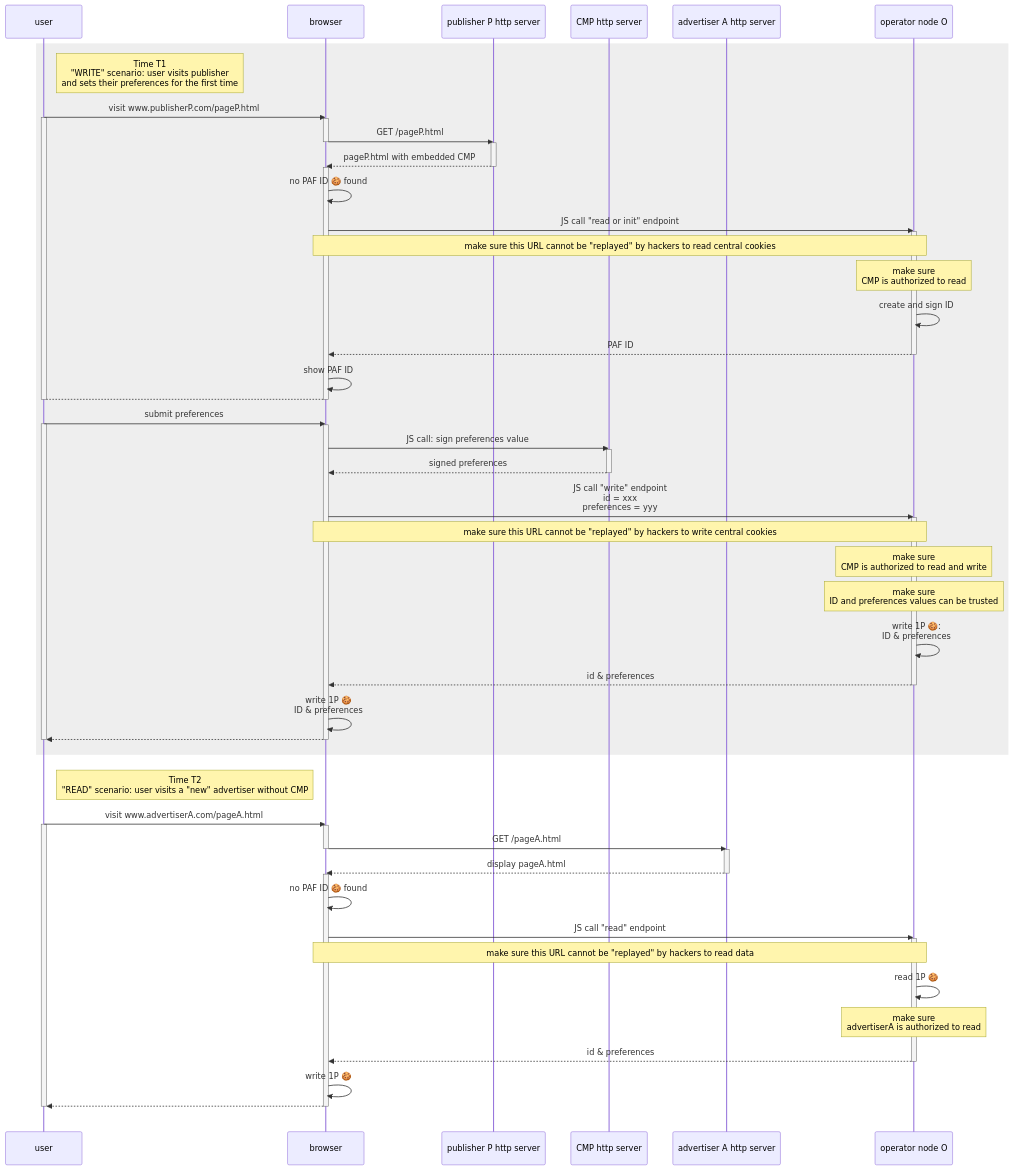
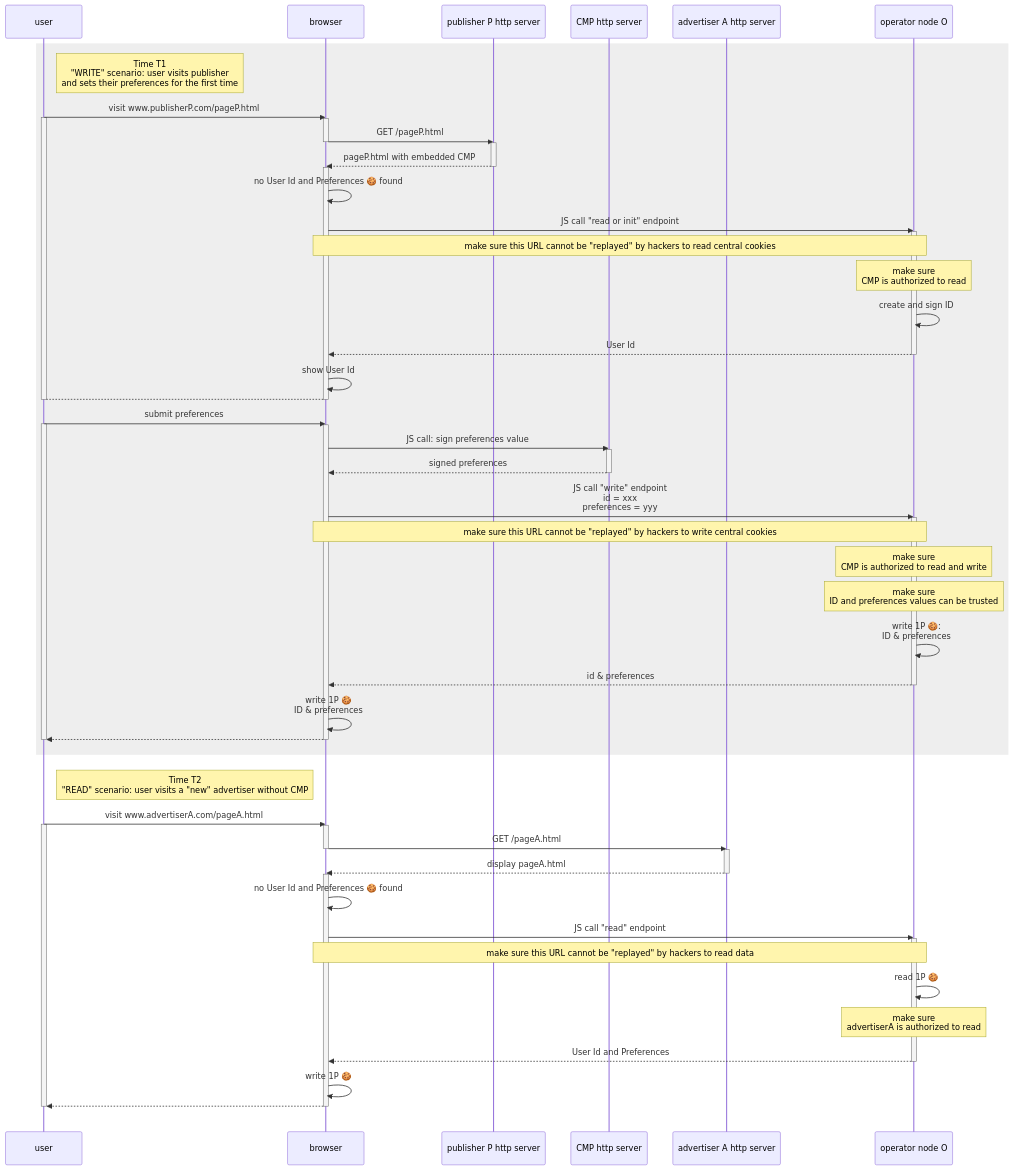
The first of 2 diagrams in mvp-spec/operator-requirements.md (OneKey-Network/addressability-framework), drawn with Mermaid before and after one commit. The commit also changed other lines of this file and 3 other files, not shown here.

```diff
--- a/mvp-spec/operator-requirements.md
+++ b/mvp-spec/operator-requirements.md
@@ -76,17 +76,17 @@
         deactivate P
 
         activate B
-            B ->> B: no PAF ID 🍪 found
+            B ->> B: no User Id and Preferences 🍪 found
             B ->> O: JS call "read or init" endpoint
 
             activate O
                 note over B,O: make sure this URL cannot be "replayed" by hackers to read central cookies
                 note over O: make sure<br/>CMP is authorized to read
                 O ->> O: create and sign ID
-                O -->> B: PAF ID
+                O -->> B: User Id
             deactivate O
 
-            B ->> B: show PAF ID
+            B ->> B: show User Id
 
             B --> U: 
         deactivate B
@@ -138,14 +138,14 @@
 
         activate B
 
-            B ->> B: no PAF ID 🍪 found
+            B ->> B: no User Id and Preferences 🍪 found
             B ->> O: JS call "read" endpoint
 
             activate O
                 note over B,O: make sure this URL cannot be "replayed" by hackers to read data
                 O ->> O: read 1P 🍪
                 note over O: make sure<br/>advertiserA is authorized to read
-                O -->> B: id & preferences
+                O -->> B: User Id and Preferences
             deactivate O
 
             B ->> B: write 1P 🍪
```
